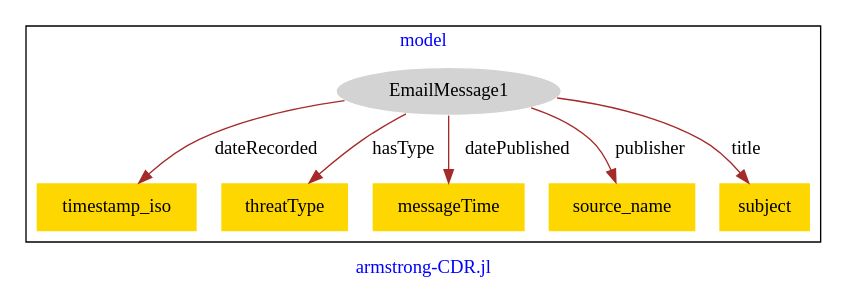
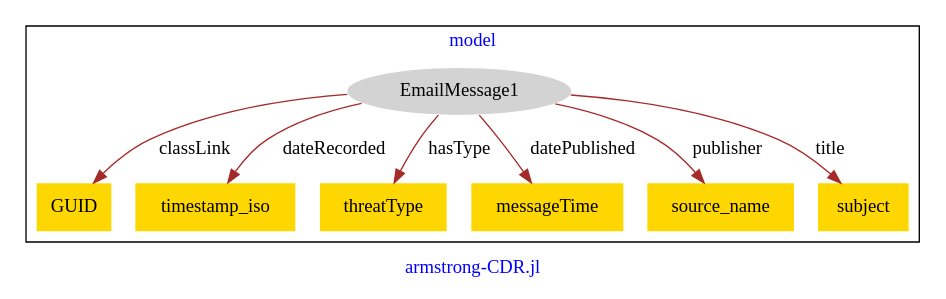
The diagram in models/armstrong/armstrong-model.dot (usc-isi-i2/effect-alignment), drawn with Graphviz before and after one commit.

Commit message:
Update file armstrong-model.dot

```diff
--- a/models/armstrong/armstrong-model.dot
+++ b/models/armstrong/armstrong-model.dot
@@ -1,19 +1,21 @@
 digraph n0 {
 fontcolor="blue"
 remincross="true"
 label="armstrong-CDR.jl"
 subgraph cluster {
 label="model"
 n2[style="filled",color="white",fillcolor="lightgray",label="EmailMessage1"];
-n3[shape="plaintext",style="filled",fillcolor="gold",label="timestamp_iso"];
-n4[shape="plaintext",style="filled",fillcolor="gold",label="threatType"];
-n5[shape="plaintext",style="filled",fillcolor="gold",label="messageTime"];
-n6[shape="plaintext",style="filled",fillcolor="gold",label="source_name"];
-n7[shape="plaintext",style="filled",fillcolor="gold",label="subject"];
+n3[shape="plaintext",style="filled",fillcolor="gold",label="GUID"];
+n4[shape="plaintext",style="filled",fillcolor="gold",label="timestamp_iso"];
+n5[shape="plaintext",style="filled",fillcolor="gold",label="threatType"];
+n6[shape="plaintext",style="filled",fillcolor="gold",label="messageTime"];
+n7[shape="plaintext",style="filled",fillcolor="gold",label="source_name"];
+n8[shape="plaintext",style="filled",fillcolor="gold",label="subject"];
 }
-n2 -> n3[color="brown",fontcolor="black",label="dateRecorded"]
-n2 -> n4[color="brown",fontcolor="black",label="hasType"]
-n2 -> n5[color="brown",fontcolor="black",label="datePublished"]
-n2 -> n6[color="brown",fontcolor="black",label="publisher"]
-n2 -> n7[color="brown",fontcolor="black",label="title"]
+n2 -> n3[color="brown",fontcolor="black",label="classLink"]
+n2 -> n4[color="brown",fontcolor="black",label="dateRecorded"]
+n2 -> n5[color="brown",fontcolor="black",label="hasType"]
+n2 -> n6[color="brown",fontcolor="black",label="datePublished"]
+n2 -> n7[color="brown",fontcolor="black",label="publisher"]
+n2 -> n8[color="brown",fontcolor="black",label="title"]
 }
```
